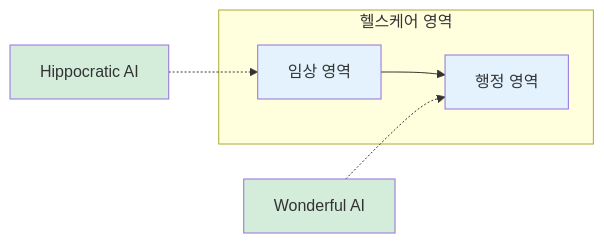
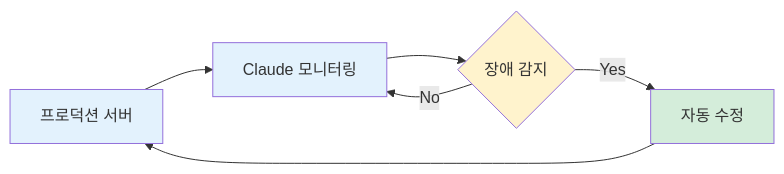
One commit to Kanghyeop/pages-book-agent101 changed the third of 3 diagrams in appendix-b/B01.md. Above: the diagram before and after it, drawn with Mermaid. The commit also changed other lines of this file and 12 other files, not shown here.

````diff
--- a/appendix-b/B01.md
+++ b/appendix-b/B01.md
@@ -298,14 +139,13 @@
 ```mermaid
 flowchart LR
-    subgraph Healthcare["헬스케어 영역"]
-        Clinical["임상 영역"] --> Admin["행정 영역"]
-    end
+    S["프로덕션 서버"] --> M["Claude 모니터링"]
+    M --> D{"장애 감지"}
+    D -->|Yes| F["자동 수정"]
+    F --> S
+    D -->|No| M
 
-    Hippo["Hippocratic AI"] -.-> Clinical
-    Wonder["Wonderful AI"] -.-> Admin
-
-    style Clinical fill:#E3F2FD
-    style Admin fill:#E3F2FD
-    style Hippo fill:#D4EDDA
-    style Wonder fill:#D4EDDA
+    style S fill:#E3F2FD
+    style M fill:#E3F2FD
+    style F fill:#D4EDDA
+    style D fill:#FFF3CD
 ```
````
